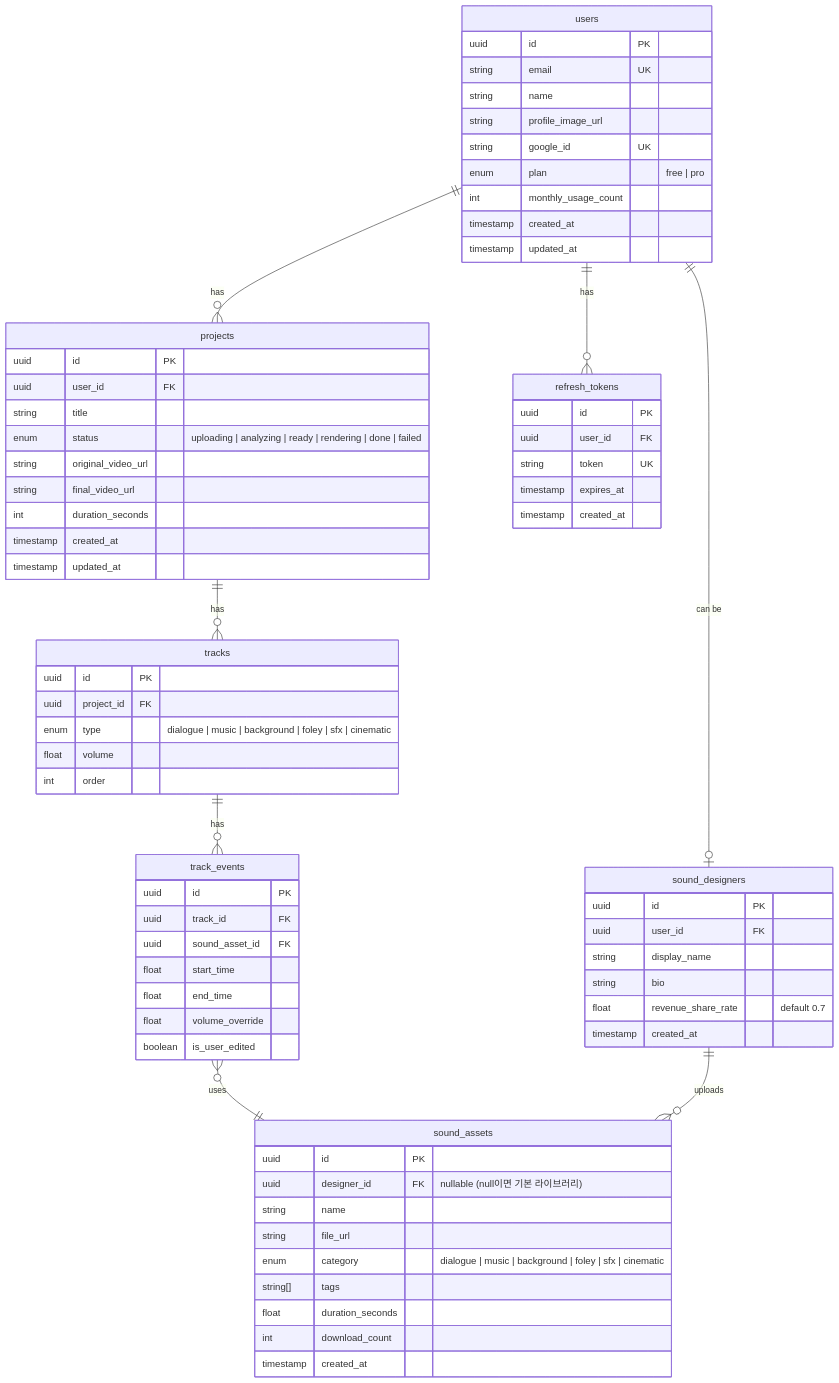
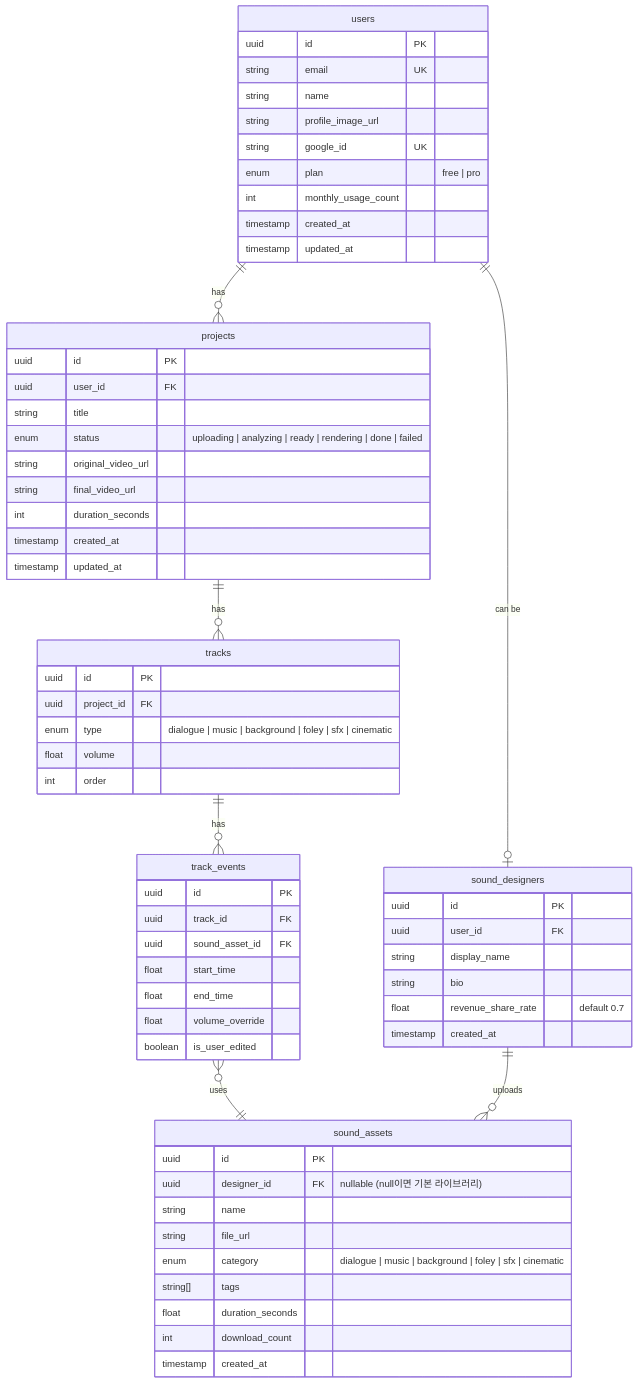
The diagram in back/03_erd.md (4azin/ausori_audio_PoC), drawn with Mermaid before and after one commit. The commit also changed other lines of this file, not shown here.

Commit message:
docs(erd): remove refresh_tokens table for session-based auth

````diff
--- a/back/03_erd.md
+++ b/back/03_erd.md
@@ -5,81 +5,72 @@
 ```mermaid
 erDiagram
     users {
         uuid id PK
         string email UK
         string name
         string profile_image_url
         string google_id UK
         enum plan "free | pro"
         int monthly_usage_count
         timestamp created_at
         timestamp updated_at
     }
 
     projects {
         uuid id PK
         uuid user_id FK
         string title
         enum status "uploading | analyzing | ready | rendering | done | failed"
         string original_video_url
         string final_video_url
         int duration_seconds
         timestamp created_at
         timestamp updated_at
     }
 
     tracks {
         uuid id PK
         uuid project_id FK
         enum type "dialogue | music | background | foley | sfx | cinematic"
         float volume
         int order
     }
 
     track_events {
         uuid id PK
         uuid track_id FK
         uuid sound_asset_id FK
         float start_time
         float end_time
         float volume_override
         boolean is_user_edited
     }
 
     sound_assets {
         uuid id PK
         uuid designer_id FK "nullable (null이면 기본 라이브러리)"
         string name
         string file_url
         enum category "dialogue | music | background | foley | sfx | cinematic"
         string[] tags
         float duration_seconds
         int download_count
         timestamp created_at
     }
 
     sound_designers {
         uuid id PK
         uuid user_id FK
         string display_name
         string bio
         float revenue_share_rate "default 0.7"
         timestamp created_at
     }
 
-    refresh_tokens {
-        uuid id PK
-        uuid user_id FK
-        string token UK
-        timestamp expires_at
-        timestamp created_at
-    }
-
     users ||--o{ projects : "has"
     users ||--o| sound_designers : "can be"
-    users ||--o{ refresh_tokens : "has"
     projects ||--o{ tracks : "has"
     tracks ||--o{ track_events : "has"
     track_events }o--|| sound_assets : "uses"
     sound_designers ||--o{ sound_assets : "uploads"
 ```
````
